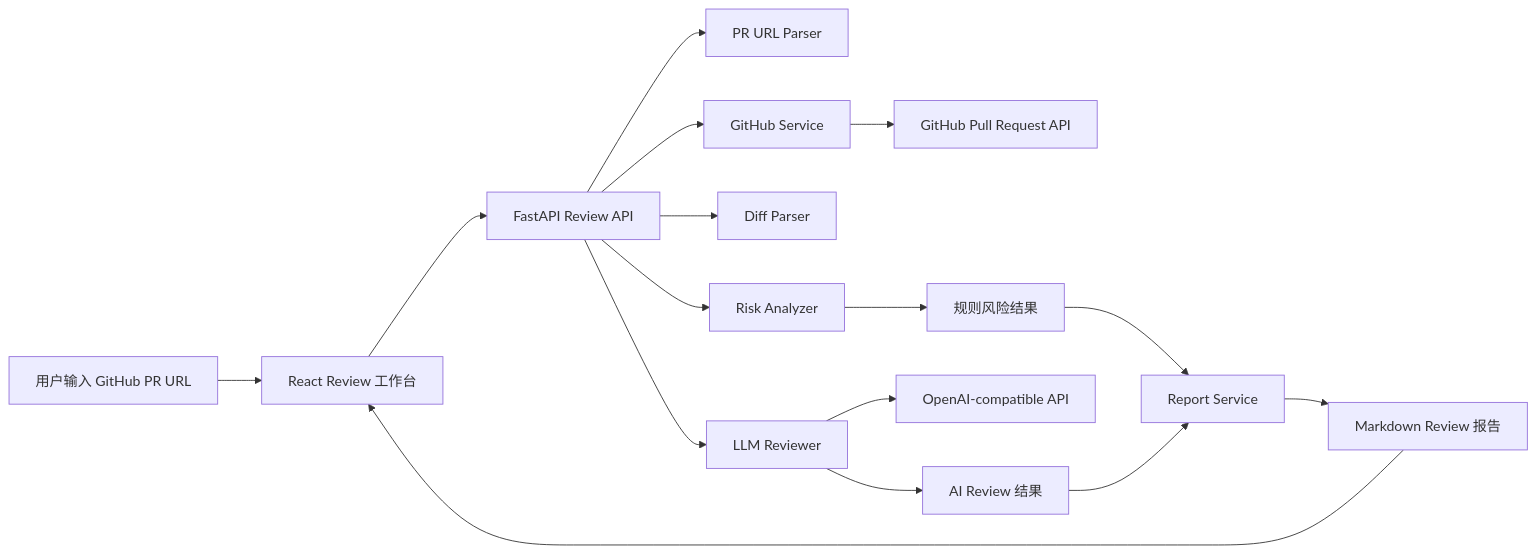
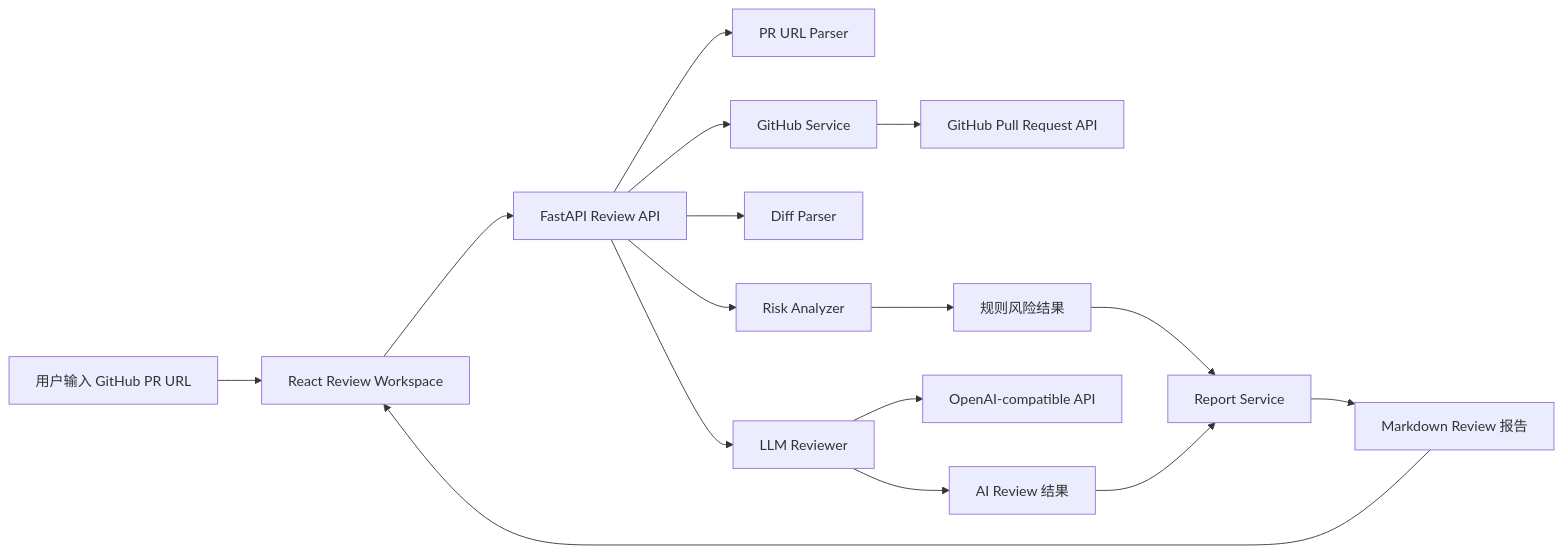
The diagram in README.md (yftx293/qiniu-xengineer-ai-pr-review), drawn with Mermaid before and after one commit. The commit also changed other lines of this file and 2 other files, not shown here.

````diff
--- a/README.md
+++ b/README.md
@@ -55,18 +79,18 @@
 ```mermaid
 flowchart LR
-    A[用户输入 GitHub PR URL] --> B[React Review 工作台]
+    A[用户输入 GitHub PR URL] --> B[React Review Workspace]
     B --> C[FastAPI Review API]
     C --> D[PR URL Parser]
     C --> E[GitHub Service]
     E --> F[GitHub Pull Request API]
     C --> G[Diff Parser]
     C --> H[Risk Analyzer]
     C --> I[LLM Reviewer]
     I --> J[OpenAI-compatible API]
     H --> K[规则风险结果]
     I --> L[AI Review 结果]
     K --> M[Report Service]
     L --> M
     M --> N[Markdown Review 报告]
     N --> B
 ```
````
